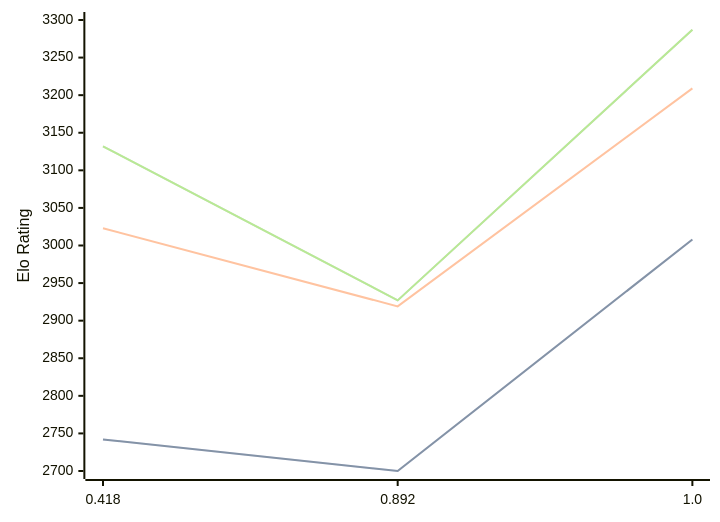
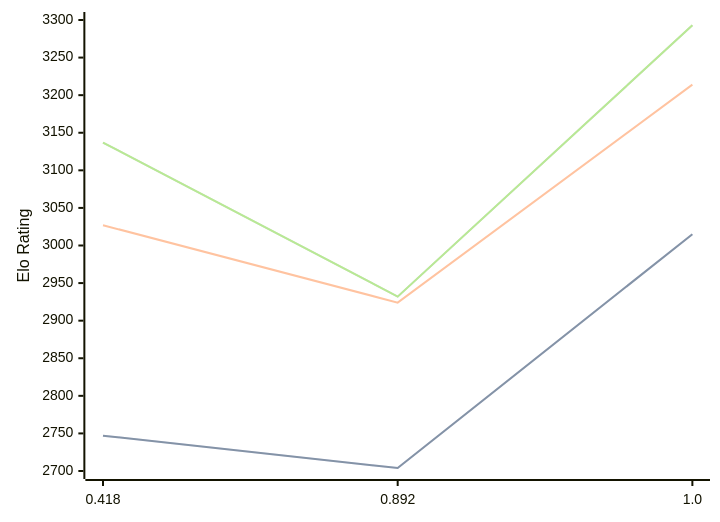
One commit to computer-chess-index/cci changed the diagram in engines/Malika.md. Above: the diagram before and after it, drawn with Mermaid. The commit also changed other lines of this file, not shown here.

Commit message:
Update CCI Ratings (ELO VLTC) - 2026-04-14

````diff
--- a/engines/Malika.md
+++ b/engines/Malika.md
@@ -33,11 +33,11 @@
 ```mermaid
 %%{init: {"theme":"base","themeVariables":{"seriesColors:['#a3a3a3','#222221','#faa371']}}}%%
 xychart-beta
   x-axis ["0.418", "0.892", "1.0"]
   y-axis "Elo Rating" 2700 --> 3300
-  line "STC (8.0+0.08s)" [2742, 2700, 3008]
-  line "STC (8.0+0.08s)" [2742, 2700, 3008]
-  line "LTC (60.0+0.60s)" [3023, 2919, 3209]
-  line "VLTC (2m24s+1.12s)" [3132, 2927, 3287]
-  line "VLTC (2m24s+1.12s)" [3132, 2927, 3287]
+  line "STC (8.0+0.08s)" [2747, 2704, 3015]
+  line "STC (8.0+0.08s)" [2747, 2704, 3015]
+  line "LTC (60.0+0.60s)" [3027, 2924, 3214]
+  line "VLTC (2m24s+1.12s)" [3137, 2932, 3293]
+  line "VLTC (2m24s+1.12s)" [3137, 2932, 3293]
 ```
````
